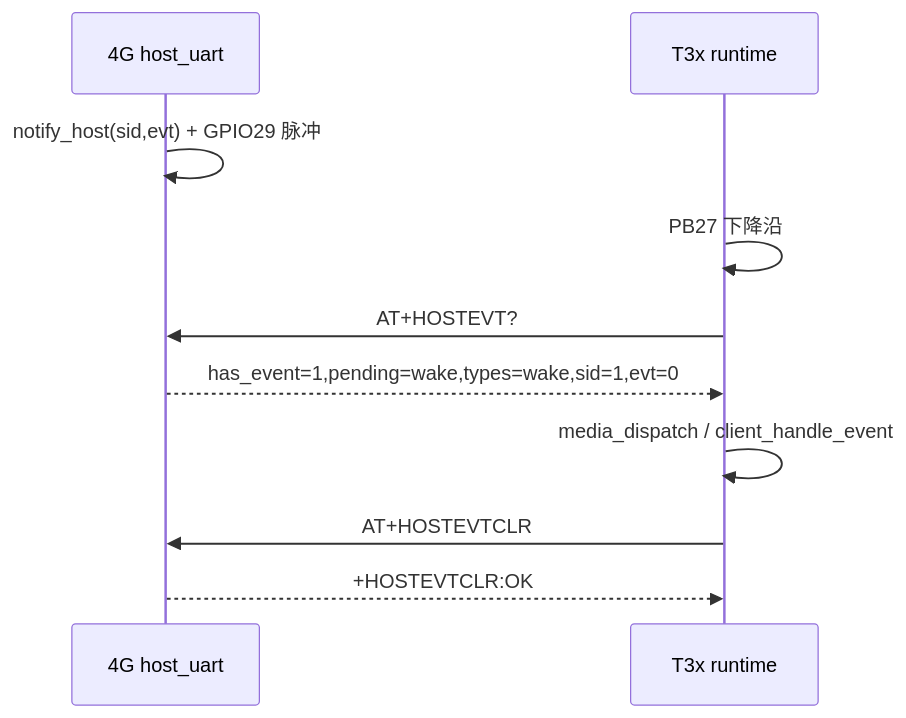
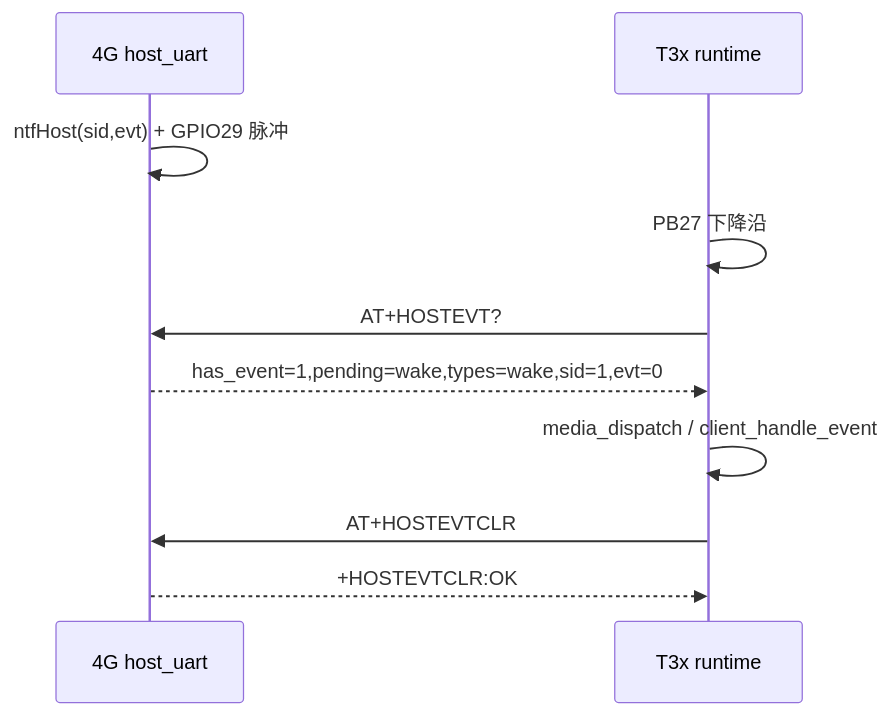
Before and after one commit to dzr1986/AIR780EHM: the first of 2 diagrams in doc/T3X_HOSTEVT_SLEEP.md, drawn with Mermaid. The commit also changed other lines of this file and 84 other files, not shown here.

````diff
--- a/doc/T3X_HOSTEVT_SLEEP.md
+++ b/doc/T3X_HOSTEVT_SLEEP.md
@@ -274,13 +274,13 @@
 ```mermaid
 sequenceDiagram
     participant G as 4G host_uart
     participant T as T3x runtime
 
-    G->>G: notify_host(sid,evt) + GPIO29 脉冲
+    G->>G: ntfHost(sid,evt) + GPIO29 脉冲
     T->>T: PB27 下降沿
     T->>G: AT+HOSTEVT?
     G-->>T: has_event=1,pending=wake,types=wake,sid=1,evt=0
     T->>T: media_dispatch / client_handle_event
     T->>G: AT+HOSTEVTCLR
     G-->>T: +HOSTEVTCLR:OK
 ```
````
